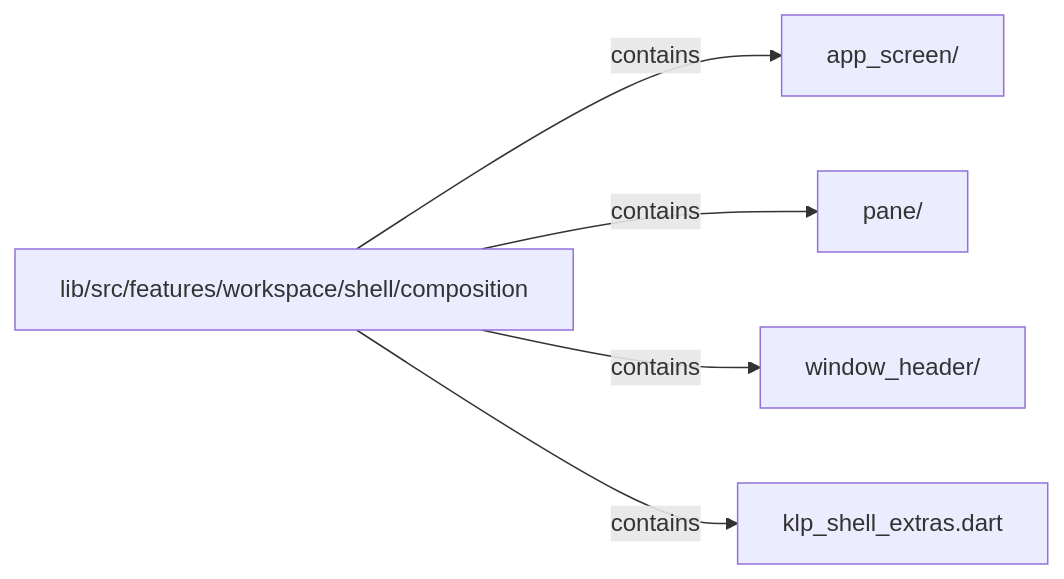
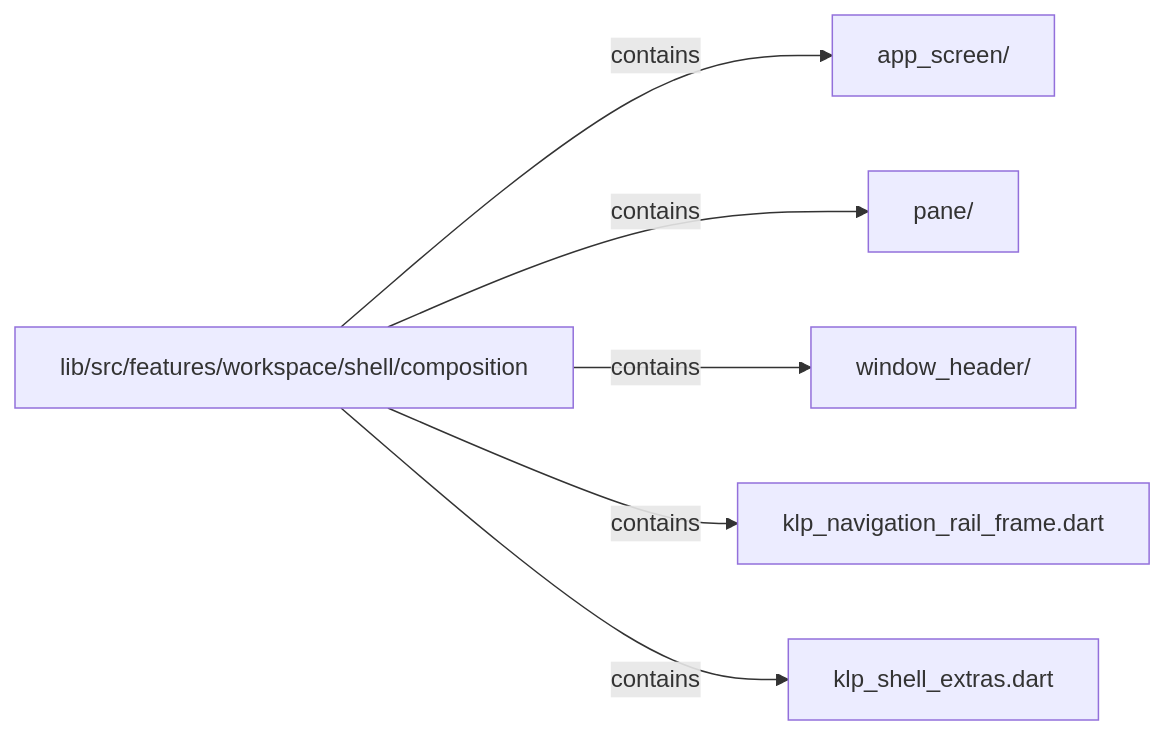
Before and after one commit to MiuDog/Kallopis: the second of 2 diagrams in docs/architecture/src/features/workspace/shell/composition/README.md, drawn with Mermaid. The commit also changed other lines of this file and 9688 other files, not shown here.

Commit message:
Prepare isolated Flow F2 peer baseline

````diff
--- a/docs/architecture/src/features/workspace/shell/composition/README.md
+++ b/docs/architecture/src/features/workspace/shell/composition/README.md
@@ -32,12 +38,14 @@
 ```mermaid
 flowchart LR
 	n0["lib/src/features/workspace/shell/composition"]
 	n1["app_screen/"]
 	n2["pane/"]
 	n3["window_header/"]
-	n4["klp_shell_extras.dart"]
+	n4["klp_navigation_rail_frame.dart"]
+	n5["klp_shell_extras.dart"]
 	n0 -->|"contains"| n1
 	n0 -->|"contains"| n2
 	n0 -->|"contains"| n3
 	n0 -->|"contains"| n4
+	n0 -->|"contains"| n5
 ```
````
